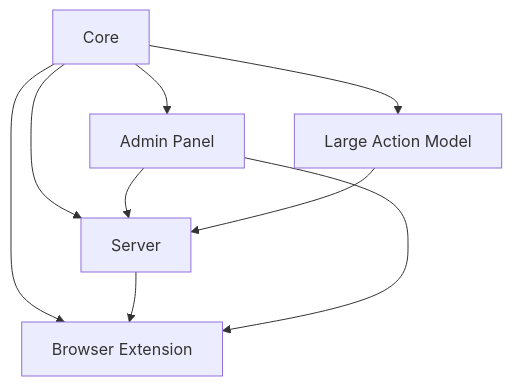
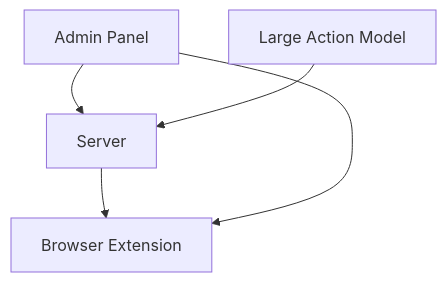
Before and after one commit to daniellionel01/spider: the diagram in README.md, drawn with Mermaid.

````diff
--- a/README.md
+++ b/README.md
@@ -18,18 +18,12 @@
 ```mermaid
 graph TD
-    Core[Core]
     Extension[Browser Extension]
     Server[Server]
     Admin[Admin Panel]
     LAM[Large Action Model]
-
-    Core --> Extension
-    Core --> Server
-    Core --> Admin
-    Core --> LAM
 
     Server --> Extension
     Admin --> Server
     Admin --> Extension
     LAM --> Server
 ```
````
